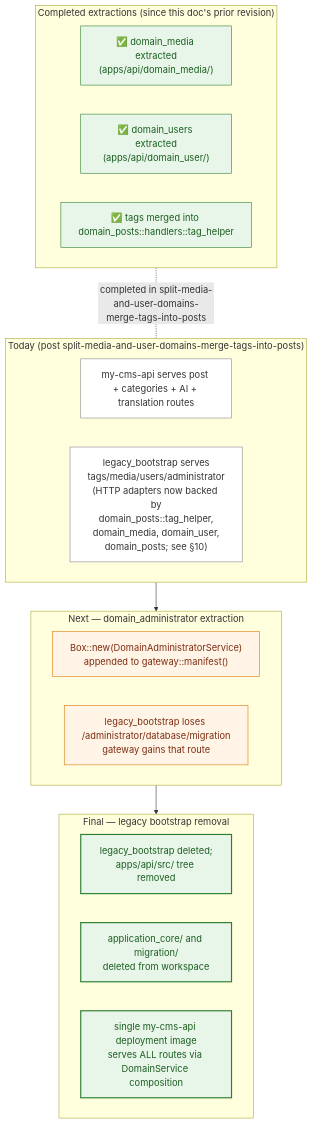
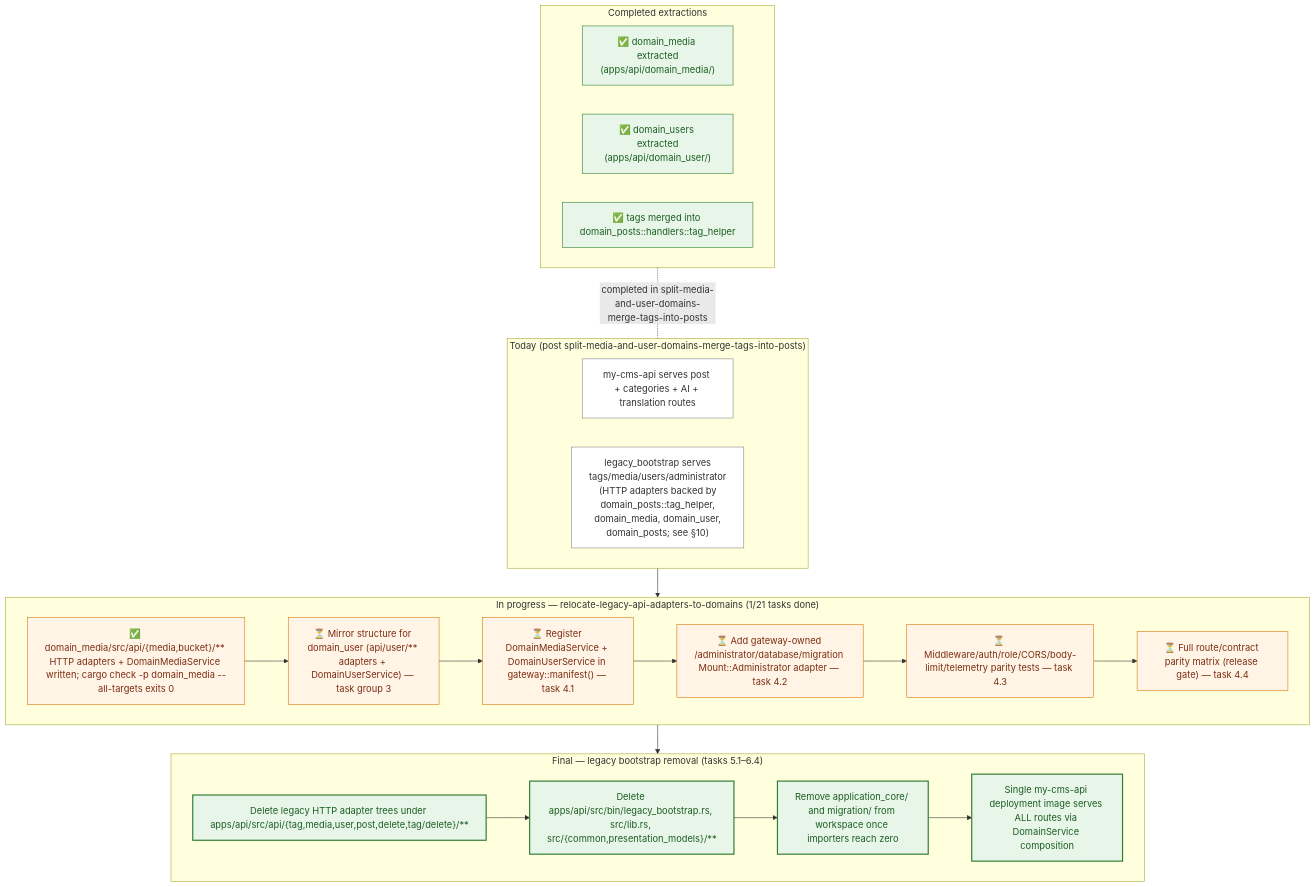
Before and after one commit to doitsu2014/my-cms: the tenth of 10 diagrams in docs/api-architecture.md, drawn with Mermaid. The commit also changed other lines of this file and 96 other files, not shown here.

````diff
--- a/docs/api-architecture.md
+++ b/docs/api-architecture.md
@@ -530,38 +560,45 @@
 ```mermaid
 graph TB
     subgraph now["Today (post split-media-and-user-domains-merge-tags-into-posts)"]
         N1["my-cms-api serves post + categories + AI + translation routes"]
-        N2["legacy_bootstrap serves<br/>tags/media/users/administrator<br/>(HTTP adapters now backed by<br/>domain_posts::tag_helper,<br/>domain_media, domain_user,<br/>domain_posts; see §10)"]
+        N2["legacy_bootstrap serves<br/>tags/media/users/administrator<br/>(HTTP adapters backed by<br/>domain_posts::tag_helper,<br/>domain_media, domain_user,<br/>domain_posts; see §10)"]
     end
 
-    subgraph done["Completed extractions (since this doc's prior revision)"]
+    subgraph done["Completed extractions"]
         D1["✅ domain_media extracted<br/>(apps/api/domain_media/)"]
         D2["✅ domain_users extracted<br/>(apps/api/domain_user/)"]
         D3["✅ tags merged into domain_posts::handlers::tag_helper"]
     end
 
-    subgraph next["Next — domain_administrator extraction"]
-        X1["Box::new(DomainAdministratorService)<br/>appended to gateway::manifest()"]
-        X2["legacy_bootstrap loses /administrator/database/migration<br/>gateway gains that route"]
+    subgraph inprog["In progress — relocate-legacy-api-adapters-to-domains  (1/21 tasks done)"]
+        I1["✅ domain_media/src/api/{media,bucket}/** HTTP adapters + DomainMediaService written; cargo check -p domain_media --all-targets exits 0"]
+        I2["⏳ Mirror structure for domain_user (api/user/** adapters + DomainUserService) — task group 3"]
+        I3["⏳ Register DomainMediaService + DomainUserService in gateway::manifest() — task 4.1"]
+        I4["⏳ Add gateway-owned /administrator/database/migration Mount::Administrator adapter — task 4.2"]
+        I5["⏳ Middleware/auth/role/CORS/body-limit/telemetry parity tests — task 4.3"]
+        I6["⏳ Full route/contract parity matrix (release gate) — task 4.4"]
+        I1 --> I2 --> I3 --> I4 --> I5 --> I6
     end
 
-    subgraph future["Final — legacy bootstrap removal"]
-        F1["legacy_bootstrap deleted;<br/>apps/api/src/ tree removed"]
-        F2["application_core/ and migration/<br/>deleted from workspace"]
-        F3["single my-cms-api deployment image<br/>serves ALL routes via DomainService composition"]
+    subgraph future["Final — legacy bootstrap removal (tasks 5.1–6.4)"]
+        F1["Delete legacy HTTP adapter trees under apps/api/src/api/{tag,media,user,post,delete,tag/delete}/**"]
+        F2["Delete apps/api/src/bin/legacy_bootstrap.rs, src/lib.rs, src/{common,presentation_models}/**"]
+        F3["Remove application_core/ and migration/ from workspace once importers reach zero"]
+        F4["Single my-cms-api deployment image serves ALL routes via DomainService composition"]
+        F1 --> F2 --> F3 --> F4
     end
 
-    now --> next
-    next --> future
+    now --> inprog
+    inprog --> future
     done -. "completed in split-media-and-user-domains-merge-tags-into-posts" .- now
 
     classDef current fill:#fff,stroke:#888,stroke-width:1px
     classDef completed fill:#e8f5e9,stroke:#2e7d32,stroke-width:1px,color:#1b5e20
     classDef nextStage fill:#fff4e6,stroke:#d97706,stroke-width:1px,color:#7c2d12
     classDef futureStage fill:#e8f5e9,stroke:#2e7d32,stroke-width:2px,color:#1b5e20
 
     class N1,N2 current
     class D1,D2,D3 completed
-    class X1,X2 nextStage
-    class F1,F2,F3 futureStage
+    class I1,I2,I3,I4,I5,I6 nextStage
+    class F1,F2,F3,F4 futureStage
 ```
````
